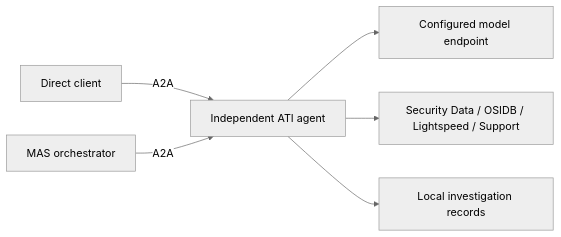
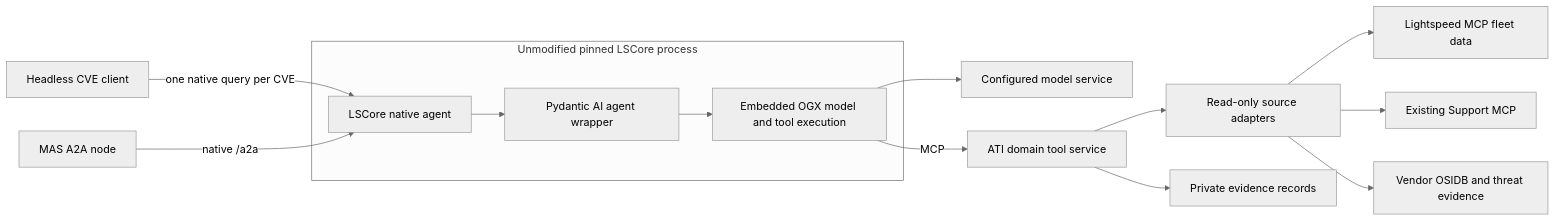
The diagram in README.md (ikrispin/ati-downstream-agent-poc), drawn with Mermaid (neutral theme) before and after one commit. The commit also changed other lines of this file and 144 other files, not shown here.

Commit message:
feat: add native LSCore ATI integration

````diff
--- a/README.md
+++ b/README.md
@@ -12,8 +14,16 @@
 ```mermaid
 flowchart LR
-    Client[Direct client] -->|A2A| ATI[Independent ATI agent]
-    MAS[MAS orchestrator] -->|A2A| ATI
-    ATI --> Model[Configured model endpoint]
-    ATI --> Sources[Security Data / OSIDB / Lightspeed / Support]
-    ATI --> State[Local investigation records]
+    CLI[Headless CVE client] -->|one native query per CVE| LS[LSCore native agent]
+    MAS[MAS A2A node] -->|native /a2a| LS
+    subgraph LSCORE[Unmodified pinned LSCore process]
+        LS --> PAI[Pydantic AI agent wrapper]
+        PAI --> OGX[Embedded OGX model and tool execution]
+    end
+    OGX --> LLM[Configured model service]
+    OGX -->|MCP| ATI[ATI domain tool service]
+    ATI --> SRC[Read-only source adapters]
+    ATI --> DB[Private evidence records]
+    SRC --> FLEET[Lightspeed MCP fleet data]
+    SRC --> SUPPORT[Existing Support MCP]
+    SRC --> PUBLIC[Vendor OSIDB and threat evidence]
 ```
````
